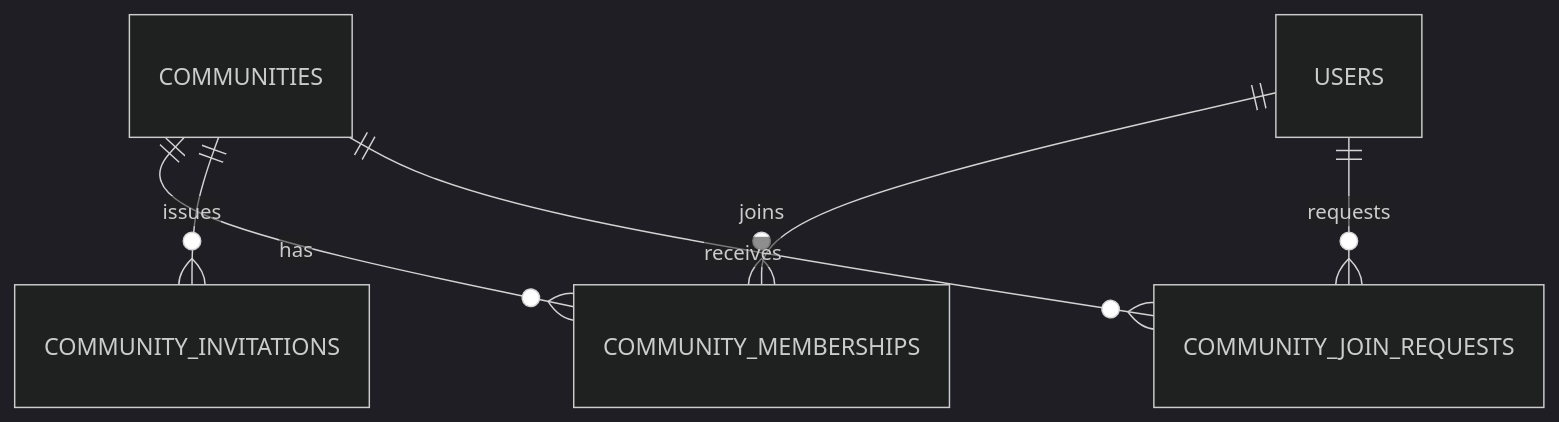
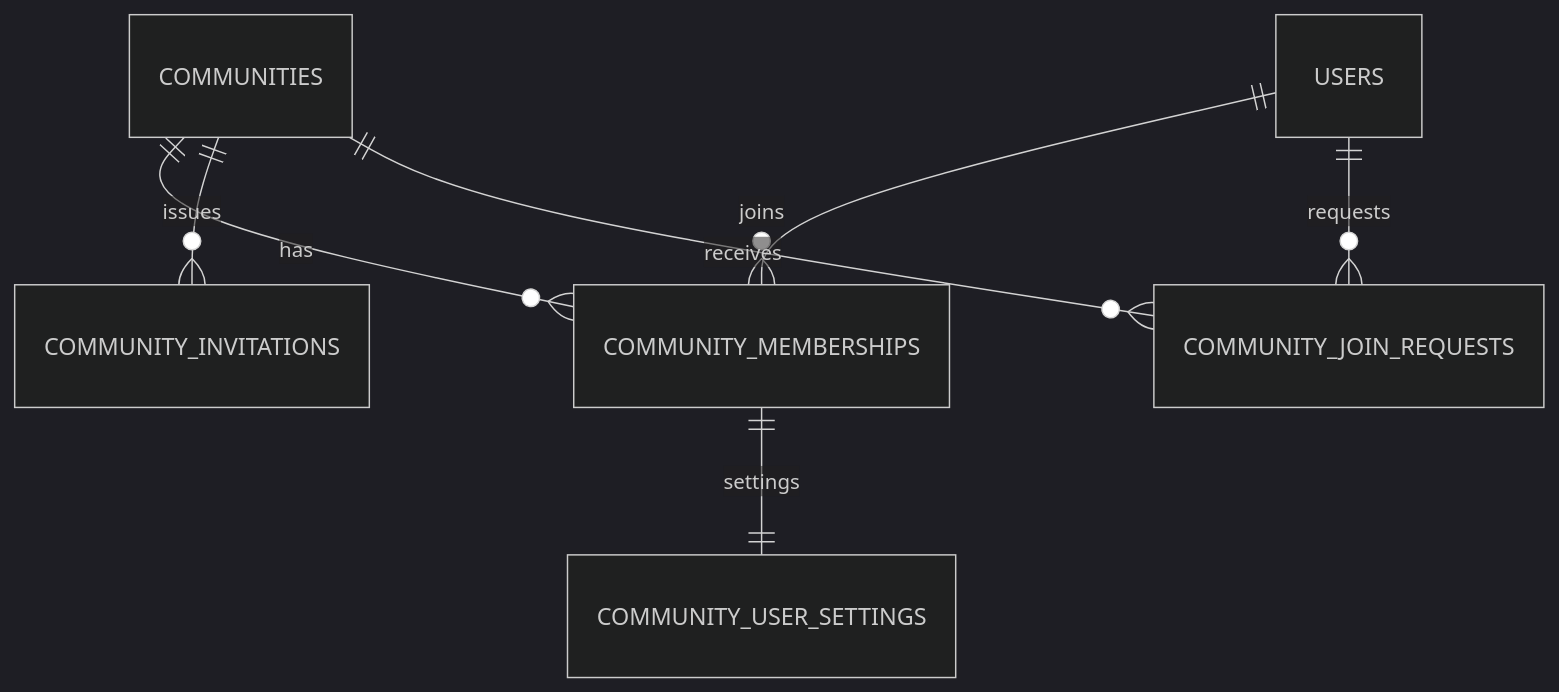
The first of 2 diagrams in content/community/physical-data-model.mdx (hazuki3417/memoria-design), drawn with Mermaid (dark theme) before and after one commit. The commit also changed other lines of this file, not shown here.

Commit message:
design: define community accent persistence and generation

````diff
--- a/content/community/physical-data-model.mdx
+++ b/content/community/physical-data-model.mdx
@@ -19,8 +19,9 @@
 ```mermaid
 erDiagram
   COMMUNITIES ||--o{ COMMUNITY_MEMBERSHIPS : has
   USERS ||--o{ COMMUNITY_MEMBERSHIPS : joins
+  COMMUNITY_MEMBERSHIPS ||--|| COMMUNITY_USER_SETTINGS : settings
   COMMUNITIES ||--o{ COMMUNITY_INVITATIONS : issues
   USERS ||--o{ COMMUNITY_JOIN_REQUESTS : requests
   COMMUNITIES ||--o{ COMMUNITY_JOIN_REQUESTS : receives
 ```
````
